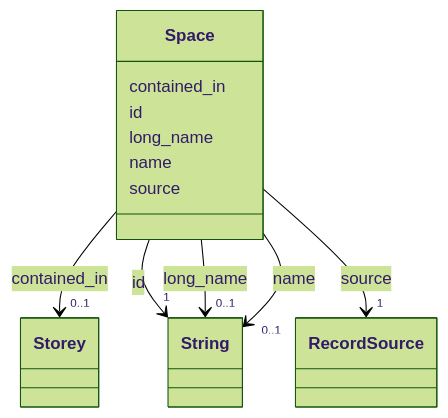
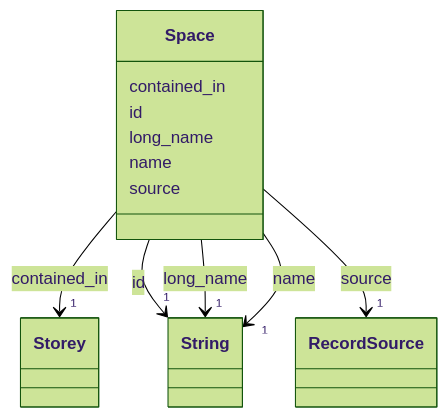
The diagram in docs/model/product/Space.md (maikeljsb/rcpc-schema), drawn with Mermaid (forest theme) before and after one commit. The commit also changed other lines of this file and 38 other files, not shown here.

````diff
--- a/docs/model/product/Space.md
+++ b/docs/model/product/Space.md
@@ -23,61 +23,61 @@
 ```mermaid
  classDiagram
     class Space
     click Space href "../Space/"
       Space : contained_in
         
           
     
         
         
-        Space --> "0..1" Storey : contained_in
+        Space --> "1" Storey : contained_in
         click Storey href "../Storey/"
     
 
         
       Space : id
         
           
     
         
         
         Space --> "1" String : id
         click String href "../http://www.w3.org/2001/XMLSchema#string/"
     
 
         
       Space : long_name
         
           
     
         
         
-        Space --> "0..1" String : long_name
+        Space --> "1" String : long_name
         click String href "../http://www.w3.org/2001/XMLSchema#string/"
     
 
         
       Space : name
         
           
     
         
         
-        Space --> "0..1" String : name
+        Space --> "1" String : name
         click String href "../http://www.w3.org/2001/XMLSchema#string/"
     
 
         
       Space : source
         
           
     
         
         
         Space --> "1" RecordSource : source
         click RecordSource href "../RecordSource/"
     
 
         
       
 ```
````
